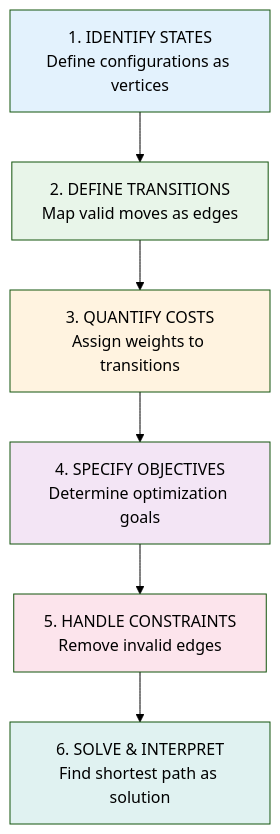
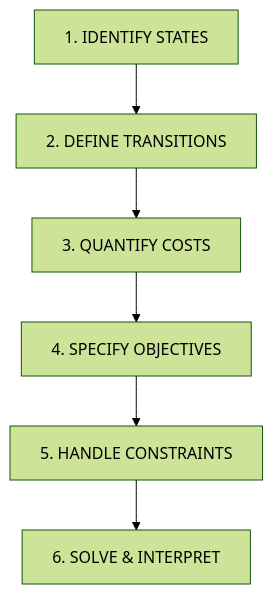
The second of 2 diagrams in examples/comprehensive_demo/DASHBOARD.md (danielchen26/OptimShortestPaths.jl), drawn with Mermaid (forest theme) before and after one commit. The commit also changed other lines of this file, not shown here.

Commit message:
fix: simplify Mermaid diagrams for GitHub rendering
Simplified Mermaid syntax for maximum GitHub compatibility:

Framework Overview:
- Removed fill color styling (GitHub doesn't always support)
- Kept only essential graph structure
- Added quotes around node labels
- Added blank line before closing backticks

Six-Step Process:
- Removed <br/> HTML tags (GitHub Mermaid doesn't support)
- Removed color styling
- Simplified node labels to just step names
- Chained arrows: A --> B --> C for cleaner syntax
- Added blank line before closing backticks

Changes ensure Mermaid renders on GitHub's native parser.
If still doesn't render, we can replace with simple tables as fallback.

````diff
--- a/examples/comprehensive_demo/DASHBOARD.md
+++ b/examples/comprehensive_demo/DASHBOARD.md
@@ -52,22 +48,12 @@
 ```mermaid
 flowchart TD
-    A[1. IDENTIFY STATES<br/>Define configurations as vertices]
-    B[2. DEFINE TRANSITIONS<br/>Map valid moves as edges]
-    C[3. QUANTIFY COSTS<br/>Assign weights to transitions]
-    D[4. SPECIFY OBJECTIVES<br/>Determine optimization goals]
-    E[5. HANDLE CONSTRAINTS<br/>Remove invalid edges]
-    F[6. SOLVE & INTERPRET<br/>Find shortest path as solution]
+    A["1. IDENTIFY STATES"]
+    B["2. DEFINE TRANSITIONS"]
+    C["3. QUANTIFY COSTS"]
+    D["4. SPECIFY OBJECTIVES"]
+    E["5. HANDLE CONSTRAINTS"]
+    F["6. SOLVE & INTERPRET"]
 
-    A --> B
-    B --> C
-    C --> D
-    D --> E
-    E --> F
+    A --> B --> C --> D --> E --> F
 
-    style A fill:#E3F2FD
-    style B fill:#E8F5E9
-    style C fill:#FFF3E0
-    style D fill:#F3E5F5
-    style E fill:#FCE4EC
-    style F fill:#E0F2F1
 ```
````
